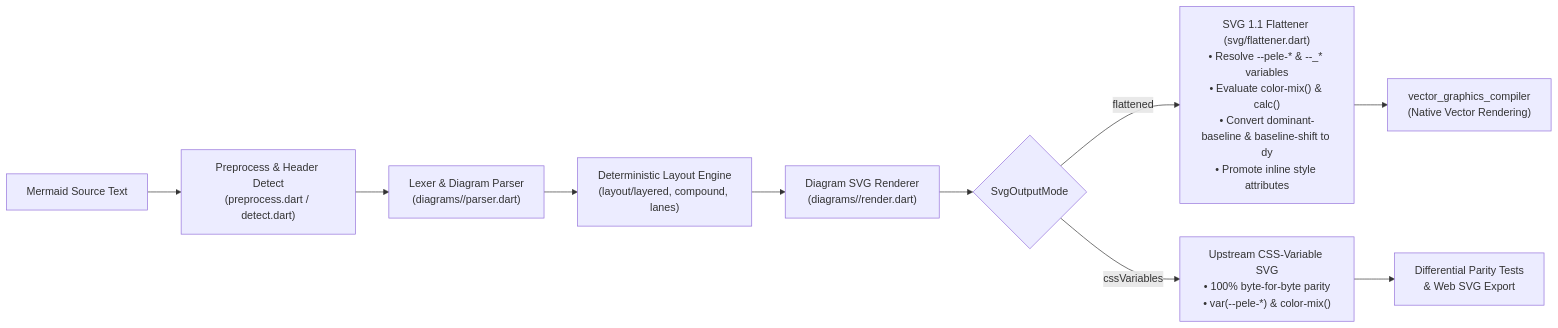
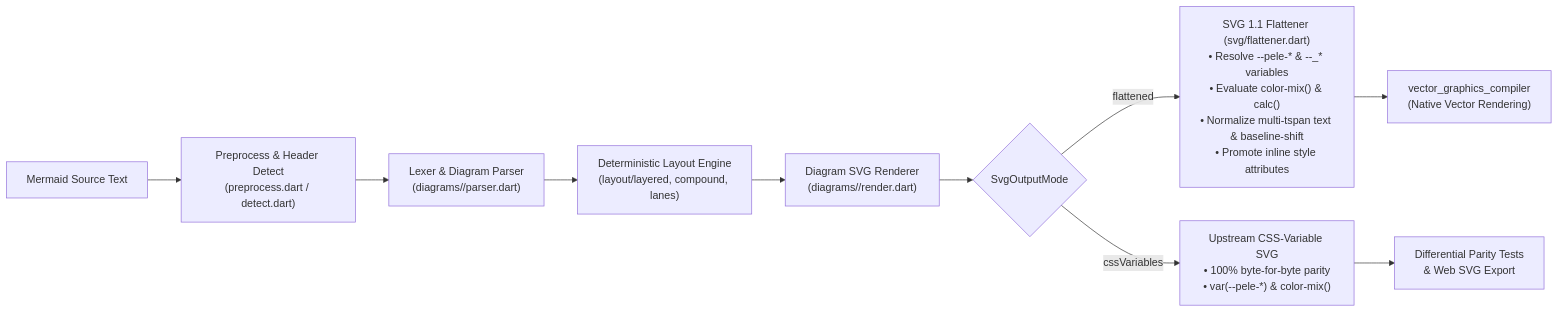
One commit to tkinnis/pele_dart changed the diagram in doc/ARCHITECTURE.md. Above: the diagram before and after it, drawn with Mermaid. The commit also changed other lines of this file and 15 other files, not shown here.

````diff
--- a/doc/ARCHITECTURE.md
+++ b/doc/ARCHITECTURE.md
@@ -32,12 +32,12 @@
 ```mermaid
 flowchart LR
   A["Mermaid Source Text"] --> B["Preprocess & Header Detect\n(preprocess.dart / detect.dart)"]
   B --> C["Lexer & Diagram Parser\n(diagrams/<type>/parser.dart)"]
   C --> D["Deterministic Layout Engine\n(layout/layered, compound, lanes)"]
   D --> E["Diagram SVG Renderer\n(diagrams/<type>/render.dart)"]
   E --> F{"SvgOutputMode"}
-  F -->|"flattened"| G["SVG 1.1 Flattener (svg/flattener.dart)\n• Resolve --pele-* & --_* variables\n• Evaluate color-mix() & calc()\n• Convert dominant-baseline & baseline-shift to dy\n• Promote inline style attributes"]
+  F -->|"flattened"| G["SVG 1.1 Flattener (svg/flattener.dart)\n• Resolve --pele-* & --_* variables\n• Evaluate color-mix() & calc()\n• Normalize multi-tspan text & baseline-shift\n• Promote inline style attributes"]
   F -->|"cssVariables"| H["Upstream CSS-Variable SVG\n• 100% byte-for-byte parity\n• var(--pele-*) & color-mix()"]
   G --> I["vector_graphics_compiler\n(Native Vector Rendering)"]
   H --> J["Differential Parity Tests\n& Web SVG Export"]
 ```
````
